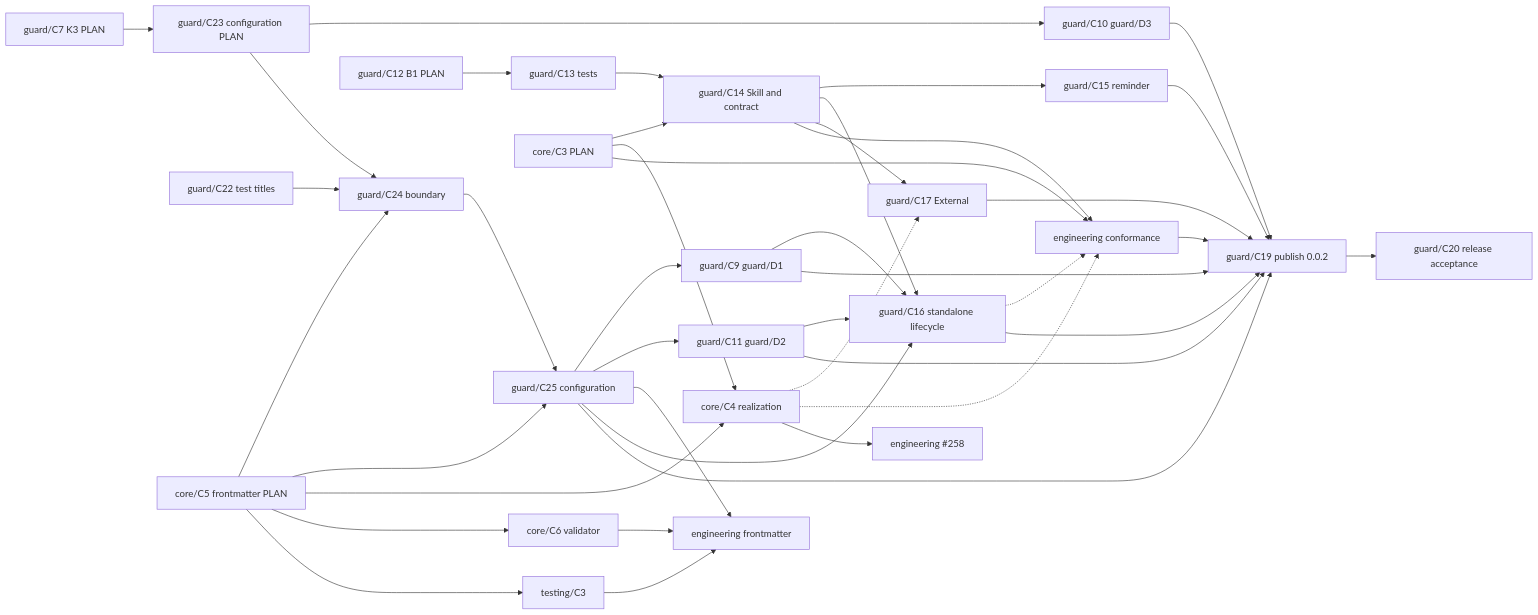
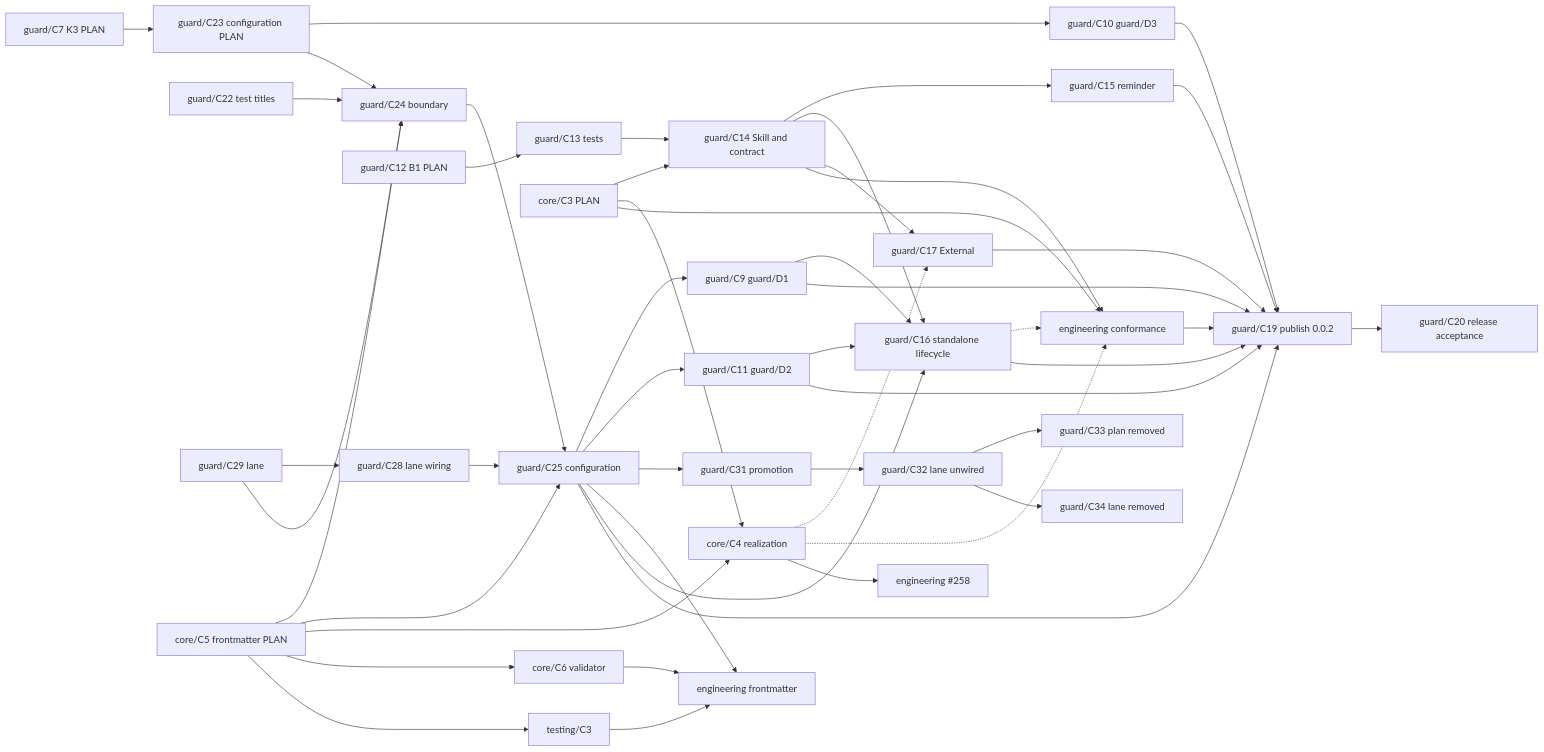
One commit to Kai-Hacks-AI/KAAL changed the diagram in engineering/guard/change.md. Above: the diagram before and after it, drawn with Mermaid. The commit also changed other lines of this file, not shown here.

First line of the commit message:
guard/C29: record the Guard lane sequence in change.md

````diff
--- a/engineering/guard/change.md
+++ b/engineering/guard/change.md
@@ -197,43 +209,50 @@
 ```mermaid
 graph LR
   C7[guard/C7 K3 PLAN] --> C23[guard/C23 configuration PLAN]
   C25 --> C9[guard/C9 guard/D1]
   C23 --> C10[guard/C10 guard/D3]
   C25 --> C11[guard/C11 guard/D2]
   C22[guard/C22 test titles] --> C24[guard/C24 boundary]
   C23 --> C24
+  C29[guard/C29 lane] --> C28[guard/C28 lane wiring]
+  C29 --> C24
+  C28 --> C25
   C24 --> C25[guard/C25 configuration]
+  C25 --> C31[guard/C31 promotion]
+  C31 --> C32[guard/C32 lane unwired]
+  C32 --> C33[guard/C33 plan removed]
+  C32 --> C34[guard/C34 lane removed]
   FM5 --> C24
   FM5 --> C25
   C25 --> FE
   C12[guard/C12 B1 PLAN] --> C13[guard/C13 tests]
   C13 --> C14[guard/C14 Skill and contract]
   CP[core/C3 PLAN] --> C14
   C14 --> C15[guard/C15 reminder]
   C14 --> C16[guard/C16 standalone lifecycle]
   C25 --> C16
   C9 --> C16
   C11 --> C16
   C14 --> C17[guard/C17 External]
   CP --> CR[core/C4 realization]
   FM5[core/C5 frontmatter PLAN] --> CR
   FM5 --> FM6[core/C6 validator]
   FM5 --> TT[testing/C3]
   FM6 --> FE[engineering frontmatter]
   TT --> FE
   CR -.-> C17
   C14 --> EC[engineering conformance]
   CP --> EC
   C16 -.-> EC
   CR -.-> EC
   CR --> EA[engineering #258]
   C9 --> C19[guard/C19 publish 0.0.2]
   C10 --> C19
   C11 --> C19
   C15 --> C19
   C16 --> C19
   C25 --> C19
   C17 --> C19
   EC --> C19
   C19 --> C20[guard/C20 release acceptance]
 ```
````
